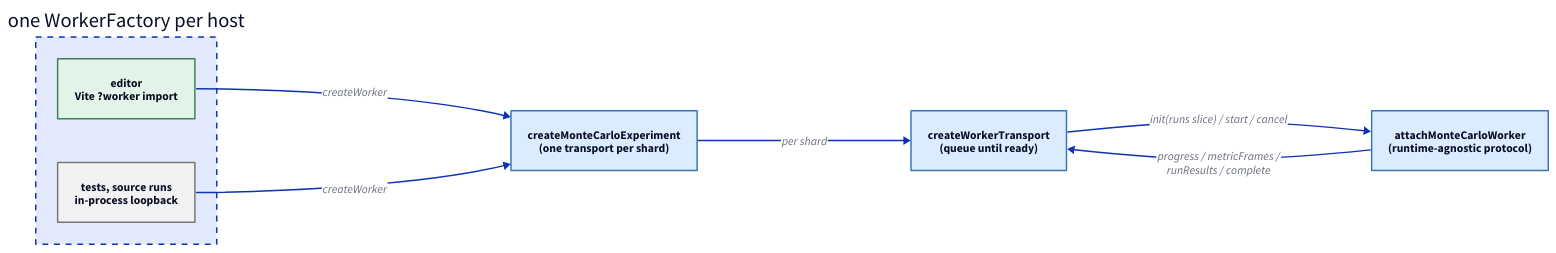
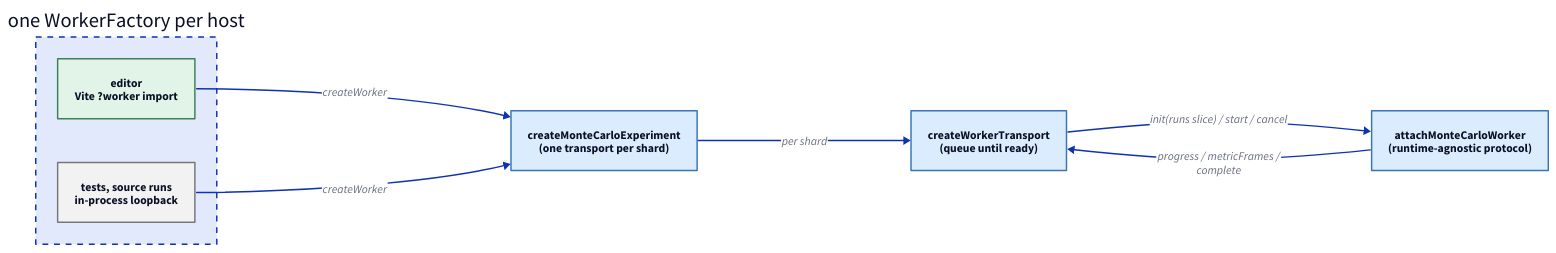
One commit to hashintel/hash changed the diagram in libs/@local/petrinaut-arch-docs/content/diagrams/worker-factory.d2. Above: the diagram before and after it, drawn with D2. The commit also changed 26 other files, not shown here.

```diff
--- a/libs/@local/petrinaut-arch-docs/content/diagrams/worker-factory.d2
+++ b/libs/@local/petrinaut-arch-docs/content/diagrams/worker-factory.d2
@@ -1,18 +1,18 @@
 # Hand-written; rendered by the arch-docs build. Palette matches src/emit/d2.ts.
 direction: right
 
 hosts: "one WorkerFactory per host" {
   style.stroke-dash: 4
   editor: "editor\nVite ?worker import" {style.fill: "#e2f4e8"; style.stroke: "#3d8055"}
   inprocess: "tests, source runs\nin-process loopback" {style.fill: "#f2f2f2"; style.stroke: "#777777"}
 }
 
 experiment: "createMonteCarloExperiment\n(one transport per shard)" {style.fill: "#dcecff"; style.stroke: "#3676b8"}
 transport: "createWorkerTransport\n(queue until ready)" {style.fill: "#dcecff"; style.stroke: "#3676b8"}
 attach: "attachMonteCarloWorker\n(runtime-agnostic protocol)" {style.fill: "#dcecff"; style.stroke: "#3676b8"}
 
 hosts.editor -> experiment: createWorker
 hosts.inprocess -> experiment: createWorker
 experiment -> transport: per shard
 transport -> attach: "init(runs slice) / start / cancel"
-attach -> transport: "progress / metricFrames /\nrunResults / complete"
+attach -> transport: "progress / metricFrames /\ncomplete"
```
